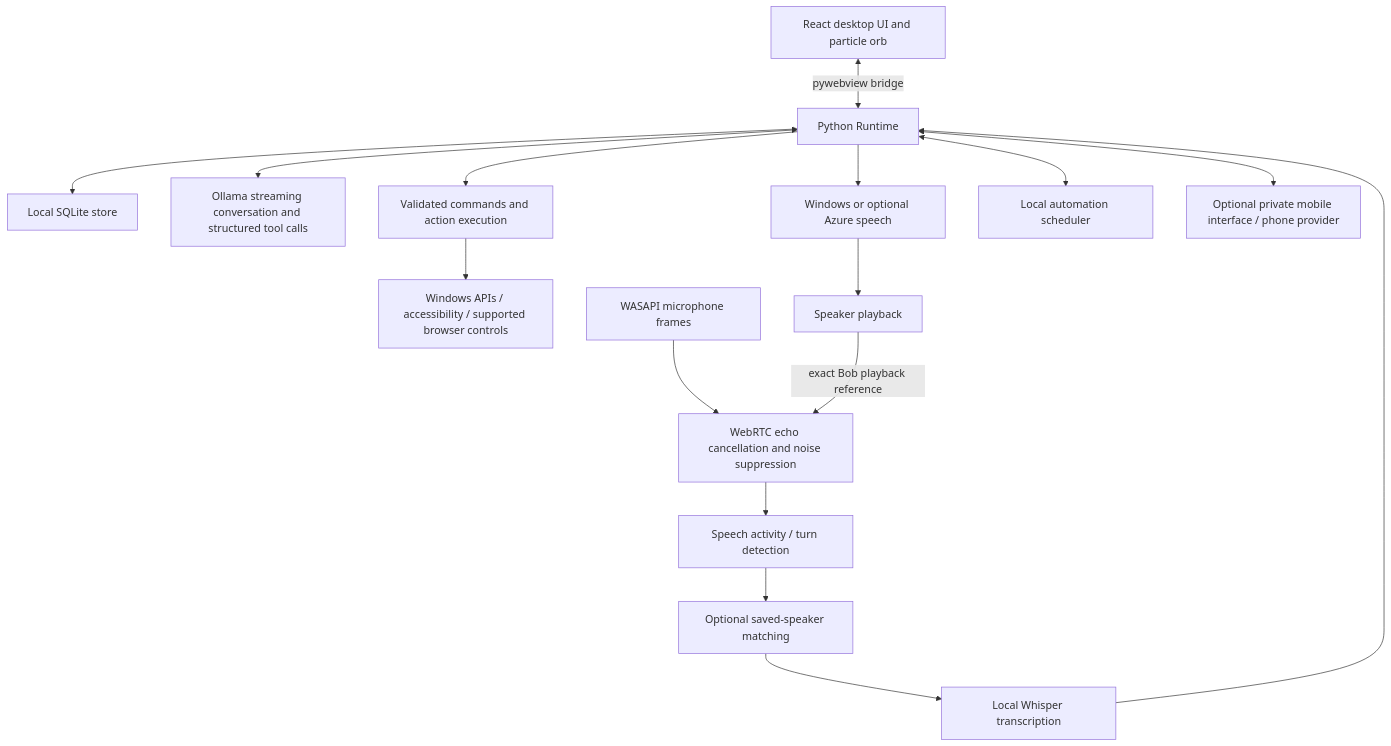
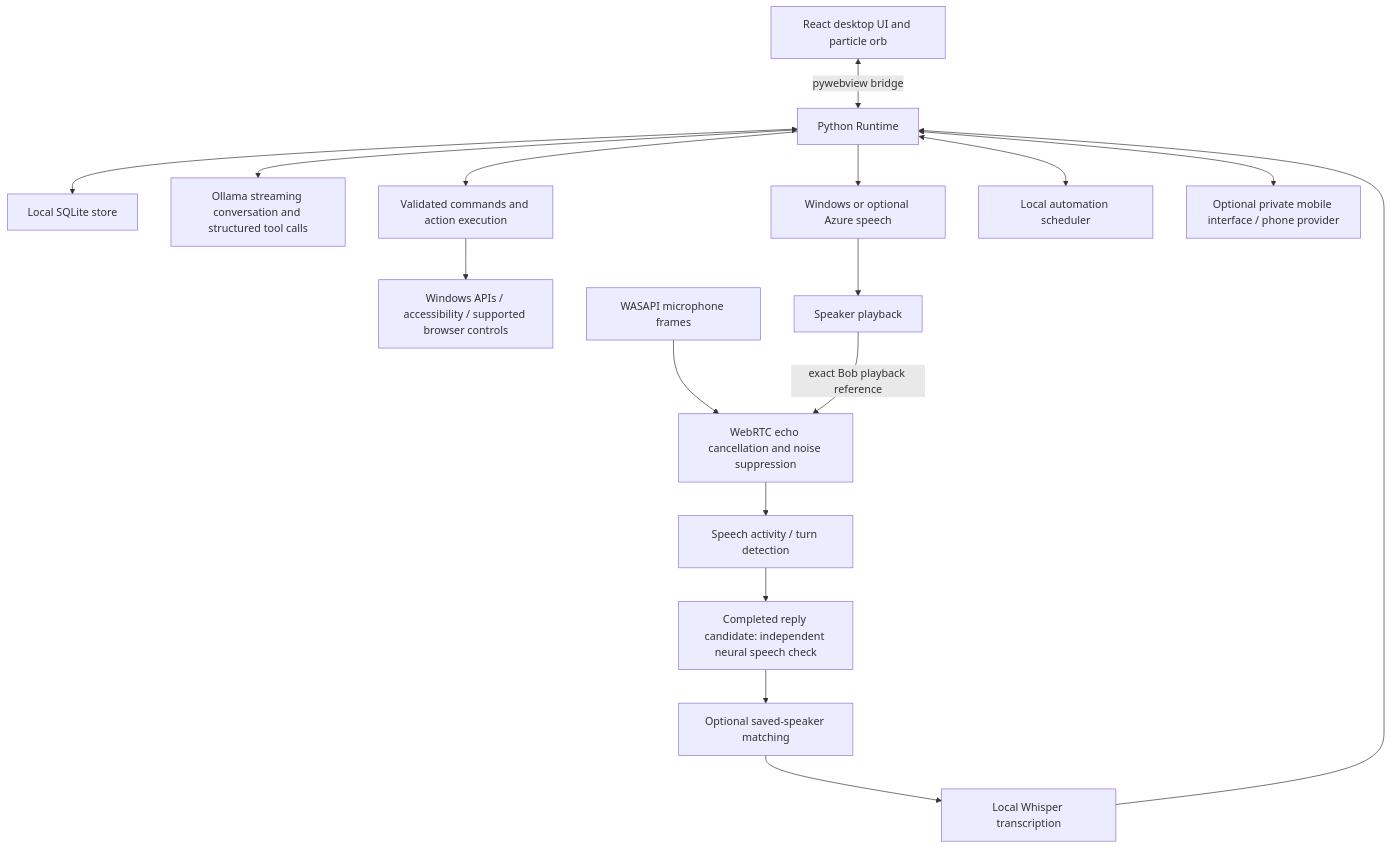
Before and after one commit to sannapanenibahnuteja/Astra-AI: the diagram in docs/ARCHITECTURE.md, drawn with Mermaid. The commit also changed other lines of this file and 33 other files, not shown here.

Commit message:
Guard interruptions with neural speech evidence and add larger ASR option

````diff
--- a/docs/ARCHITECTURE.md
+++ b/docs/ARCHITECTURE.md
@@ -7,18 +7,19 @@
 ```mermaid
 flowchart TD
     UI[React desktop UI and particle orb] <-->|pywebview bridge| R[Python Runtime]
     R <--> S[Local SQLite store]
     R <--> L[Ollama streaming conversation and structured tool calls]
     R --> C[Validated commands and action execution]
     C --> W[Windows APIs / accessibility / supported browser controls]
     MIC[WASAPI microphone frames] --> DSP[WebRTC echo cancellation and noise suppression]
     DSP --> V[Speech activity / turn detection]
-    V --> ID[Optional saved-speaker matching]
+    V --> N[Completed reply candidate: independent neural speech check]
+    N --> ID[Optional saved-speaker matching]
     ID --> ASR[Local Whisper transcription]
     ASR --> R
     R --> TTS[Windows or optional Azure speech]
     TTS --> PLAY[Speaker playback]
     PLAY -->|exact Bob playback reference| DSP
     R <--> A[Local automation scheduler]
     R <--> P[Optional private mobile interface / phone provider]
 ```
````
